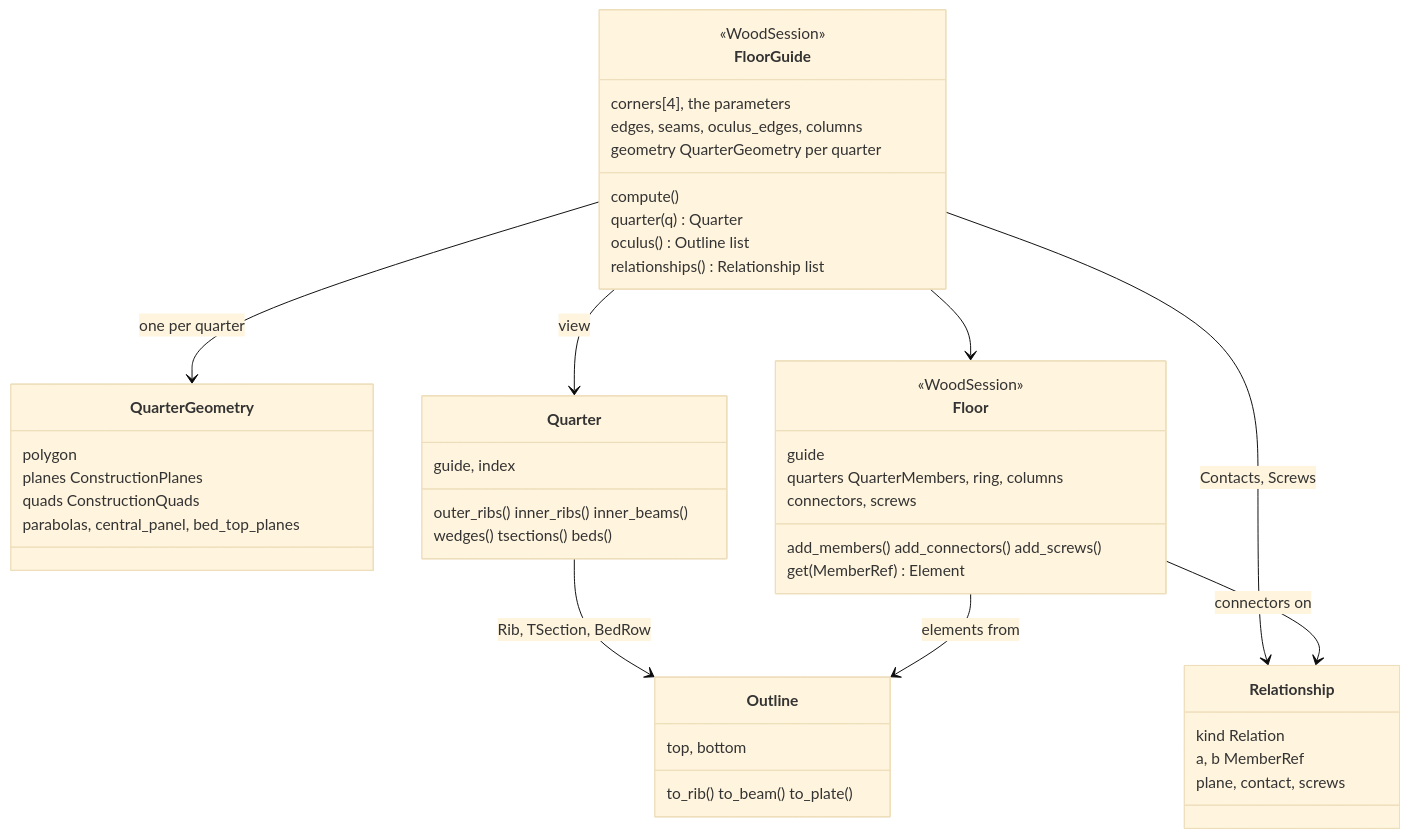
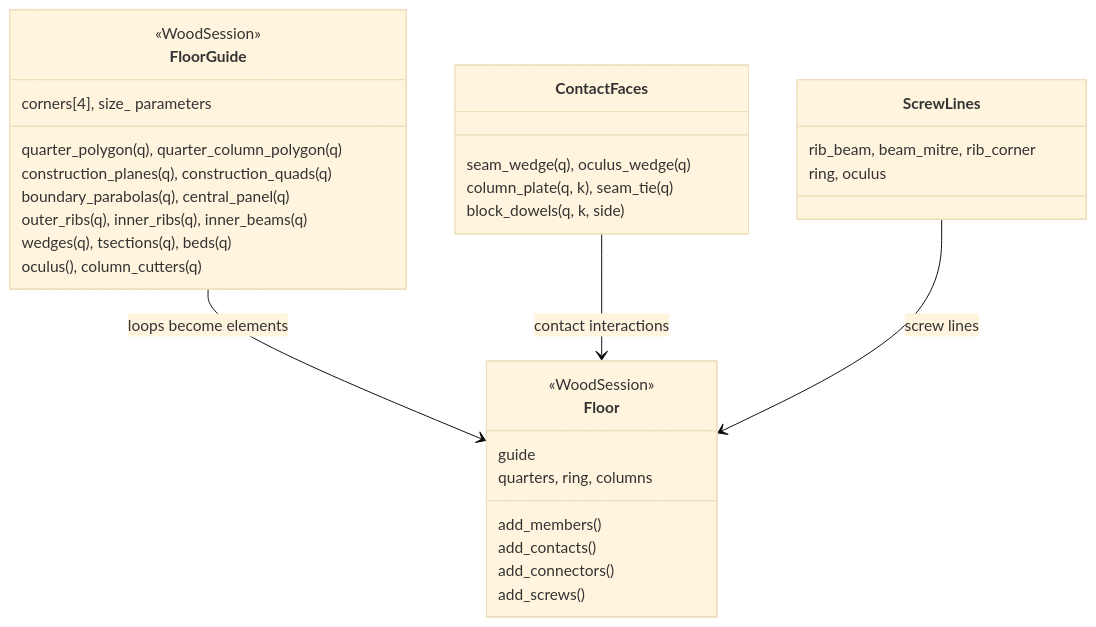
One commit to petrasvestartas/wood changed the diagram in docs/templates/floor.md. Above: the diagram before and after it, drawn with Mermaid (base theme). The commit also changed other lines of this file and 43 other files, not shown here.

First line of the commit message:
wood: floor docs page 0, FloorGuide's geometry and Floor's model in pictures

````diff
--- a/docs/templates/floor.md
+++ b/docs/templates/floor.md
@@ -38,49 +38,35 @@
 ```mermaid
 classDiagram
     direction TB
     class FloorGuide {
         <<WoodSession>>
-        corners[4], the parameters
-        edges, seams, oculus_edges, columns
-        geometry QuarterGeometry per quarter
-        compute()
-        quarter(q) Quarter
-        oculus() Outline list
-        relationships() Relationship list
-    }
-    class QuarterGeometry {
-        polygon
-        planes ConstructionPlanes
-        quads ConstructionQuads
-        parabolas, central_panel, bed_top_planes
-    }
-    class Quarter {
-        guide, index
-        outer_ribs() inner_ribs() inner_beams()
-        wedges() tsections() beds()
-    }
-    class Outline {
-        top, bottom
-        to_rib() to_beam() to_plate()
-    }
-    class Relationship {
-        kind Relation
-        a, b MemberRef
-        plane, contact, screws
+        corners[4], size_ parameters
+        quarter_polygon(q), quarter_column_polygon(q)
+        construction_planes(q), construction_quads(q)
+        boundary_parabolas(q), central_panel(q)
+        outer_ribs(q), inner_ribs(q), inner_beams(q)
+        wedges(q), tsections(q), beds(q)
+        oculus(), column_cutters(q)
     }
     class Floor {
         <<WoodSession>>
         guide
-        quarters QuarterMembers, ring, columns
-        connectors, screws
-        add_members() add_connectors() add_screws()
-        get(MemberRef) Element
+        quarters, ring, columns
+        add_members()
+        add_contacts()
+        add_connectors()
+        add_screws()
     }
-    FloorGuide --> QuarterGeometry : one per quarter
-    FloorGuide --> Quarter : view
-    Quarter --> Outline : Rib, TSection, BedRow
-    FloorGuide --> Relationship : Contacts, Screws
-    FloorGuide --> Floor
-    Floor --> Outline : elements from
-    Floor --> Relationship : connectors on
+    class ContactFaces {
+        seam_wedge(q), oculus_wedge(q)
+        column_plate(q, k), seam_tie(q)
+        block_dowels(q, k, side)
+    }
+    class ScrewLines {
+        rib_beam, beam_mitre, rib_corner
+        ring, oculus
+    }
+    FloorGuide --> Floor : loops become elements
+    ContactFaces --> Floor : contact interactions
+    ScrewLines --> Floor : screw lines
 ```
````
